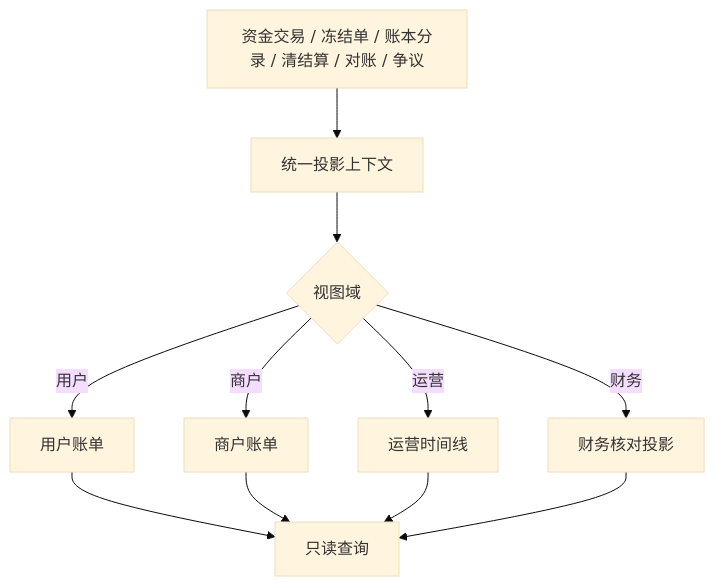
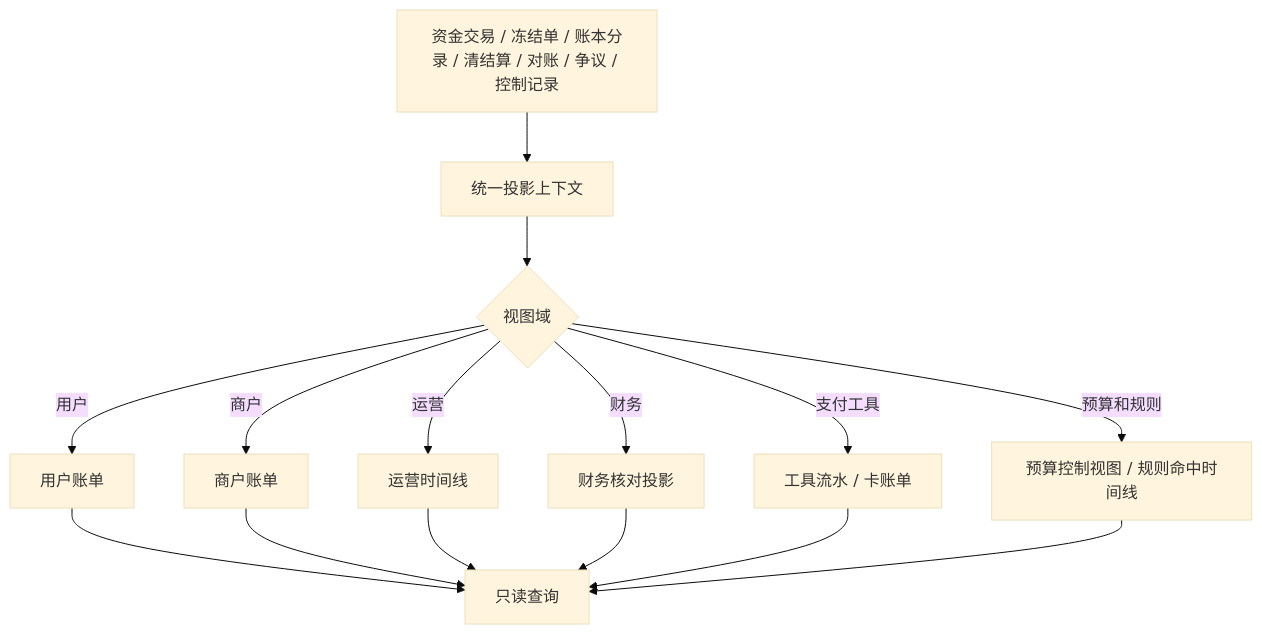
Diagram 19 of 22 in docs/产品设计/02-交易路由钱包账目与投影.md (fengwuxp/wind-funds), drawn with Mermaid (base theme) before and after one commit. The commit also changed other lines of this file and 39 other files, not shown here.

````diff
--- a/docs/产品设计/02-交易路由钱包账目与投影.md
+++ b/docs/产品设计/02-交易路由钱包账目与投影.md
@@ -1392,13 +1446,17 @@
 ```mermaid
 flowchart TD
-    A["资金交易 / 冻结单 / 账本分录 / 清结算 / 对账 / 争议"] --> B["统一投影上下文"]
+    A["资金交易 / 冻结单 / 账本分录 / 清结算 / 对账 / 争议 / 控制记录"] --> B["统一投影上下文"]
     B --> C{"视图域"}
     C -->|用户| D["用户账单"]
     C -->|商户| E["商户账单"]
     C -->|运营| F["运营时间线"]
     C -->|财务| G["财务核对投影"]
+    C -->|支付工具| I["工具流水 / 卡账单"]
+    C -->|预算和规则| J["预算控制视图 / 规则命中时间线"]
     D --> H["只读查询"]
     E --> H
     F --> H
     G --> H
+    I --> H
+    J --> H
 ```
````
